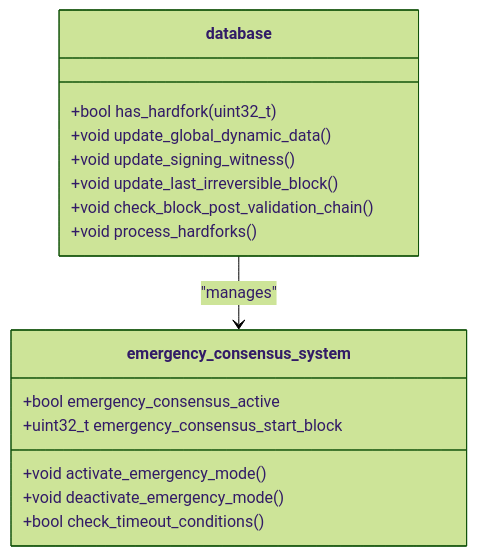
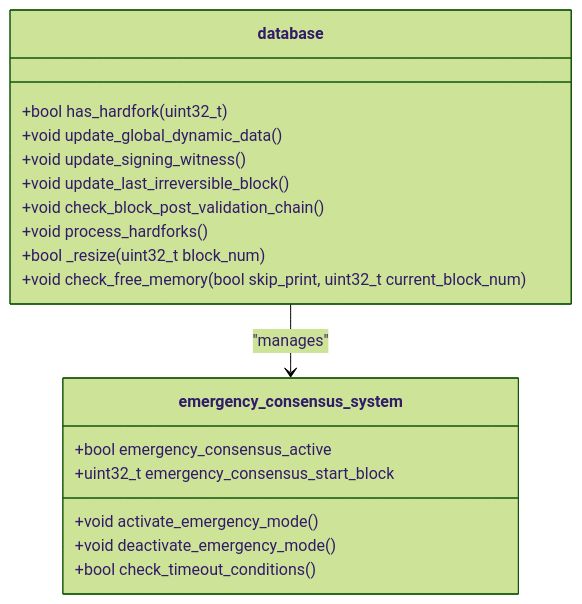
The eighth of 8 diagrams in .qoder/repowiki/en/content/Core Libraries/Emergency Consensus System.md (VIZ-Blockchain/viz-cpp-node), drawn with Mermaid (forest theme) before and after one commit. The commit also changed other lines of this file and 5 other files, not shown here.

````diff
--- a/.qoder/repowiki/en/content/Core Libraries/Emergency Consensus System.md
+++ b/.qoder/repowiki/en/content/Core Libraries/Emergency Consensus System.md
@@ -315,19 +435,21 @@
 ```mermaid
 classDiagram
 class database {
 +bool has_hardfork(uint32_t)
 +void update_global_dynamic_data()
 +void update_signing_witness()
 +void update_last_irreversible_block()
 +void check_block_post_validation_chain()
 +void process_hardforks()
++bool _resize(uint32_t block_num)
++void check_free_memory(bool skip_print, uint32_t current_block_num)
 }
 class emergency_consensus_system {
 +bool emergency_consensus_active
 +uint32_t emergency_consensus_start_block
 +void activate_emergency_mode()
 +void deactivate_emergency_mode()
 +bool check_timeout_conditions()
 }
 database --> emergency_consensus_system : "manages"
 ```
````
